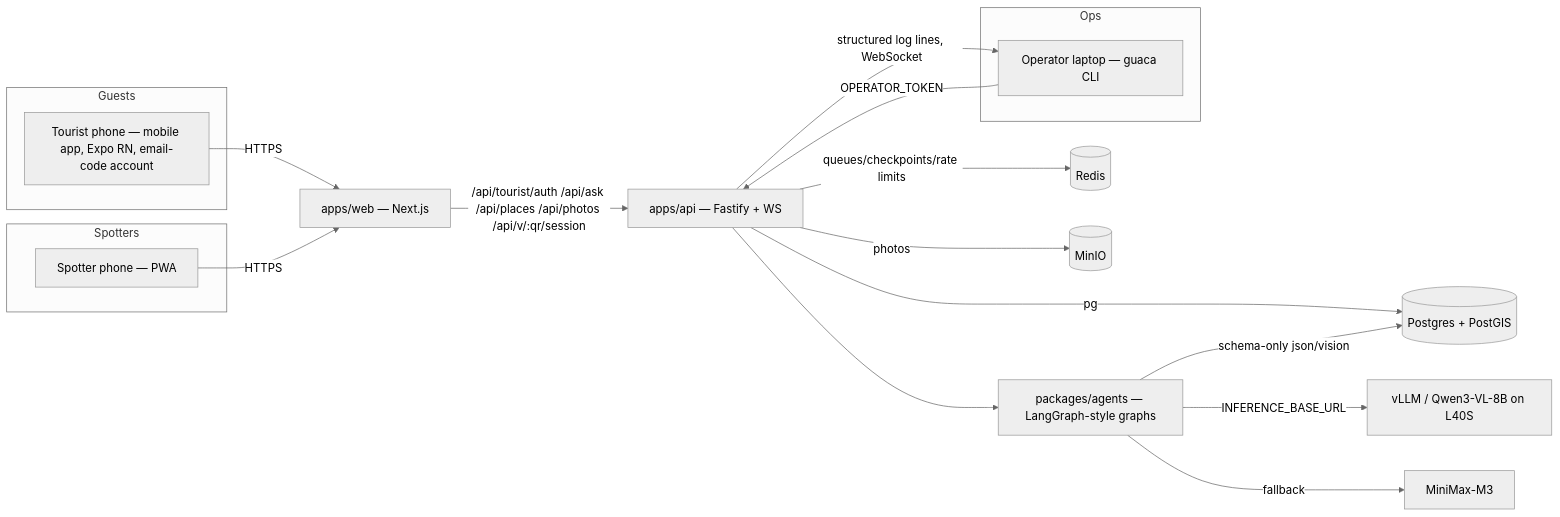
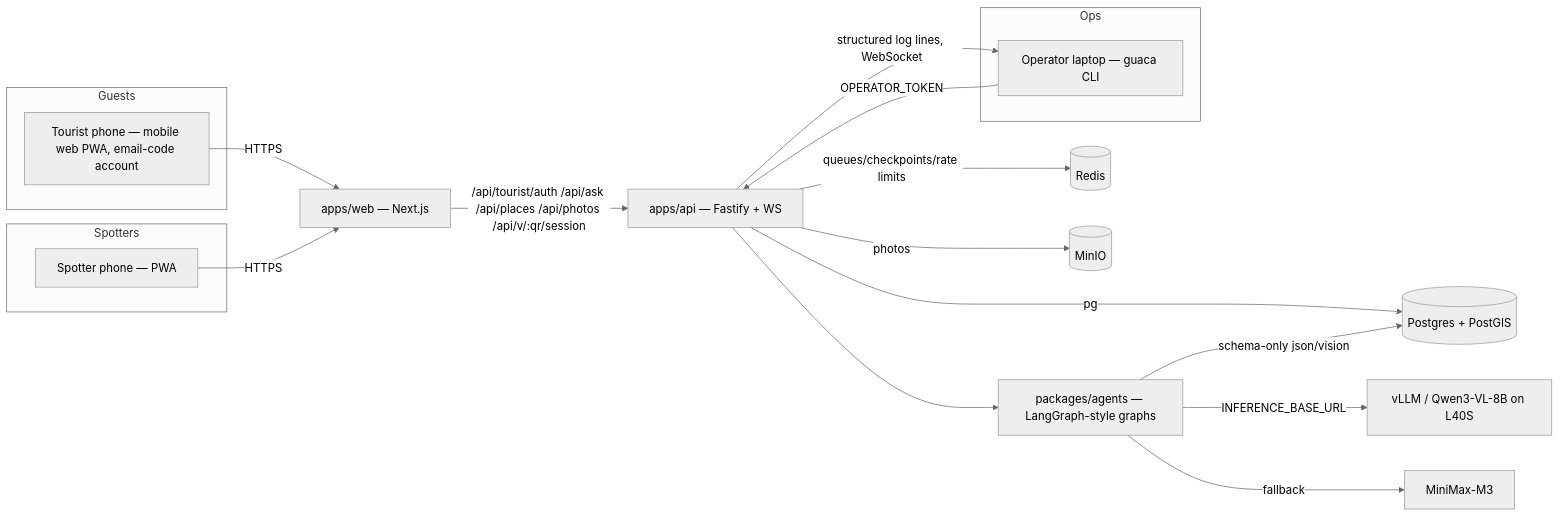
The first of 2 diagrams in docs/ARCHITECTURE.md (guacamap/guaca-app), drawn with Mermaid (neutral theme) before and after one commit. The commit also changed other lines of this file and 2 other files, not shown here.

First line of the commit message:
docs: record §4.5 — mobile web first, native switch later

````diff
--- a/docs/ARCHITECTURE.md
+++ b/docs/ARCHITECTURE.md
@@ -5,24 +5,24 @@
 ```mermaid
 flowchart LR
     subgraph Guests
-        T[Tourist phone — mobile app, Expo RN, email-code account]
+        T[Tourist phone — mobile web PWA, email-code account]
     end
     subgraph Spotters
         S[Spotter phone — PWA]
     end
     subgraph Ops
         O[Operator laptop — guaca CLI]
     end
     T -->|HTTPS| W[apps/web — Next.js]
     S -->|HTTPS| W
     O -->|OPERATOR_TOKEN| A[apps/api — Fastify + WS]
     W -->|/api/tourist/auth /api/ask /api/places /api/photos /api/v/:qr/session| A
     A -->|pg| P[(Postgres + PostGIS)]
     A -->|queues/checkpoints/rate limits| R[(Redis)]
     A -->|photos| M[(MinIO)]
     A --> G[packages/agents — LangGraph-style graphs]
     G -->|INFERENCE_BASE_URL| I[vLLM / Qwen3-VL-8B on L40S]
     G -->|fallback| F[MiniMax-M3]
     G -->|schema-only json/vision| P
     A -->|structured log lines, WebSocket| O
 ```
````
